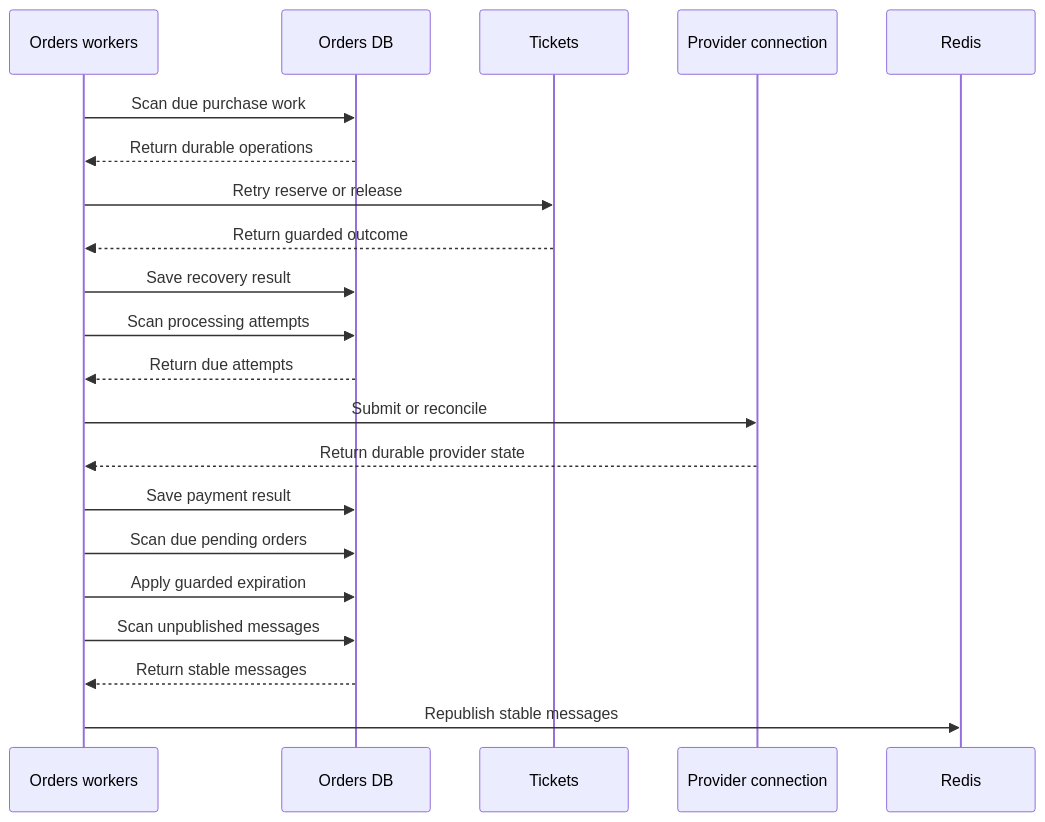
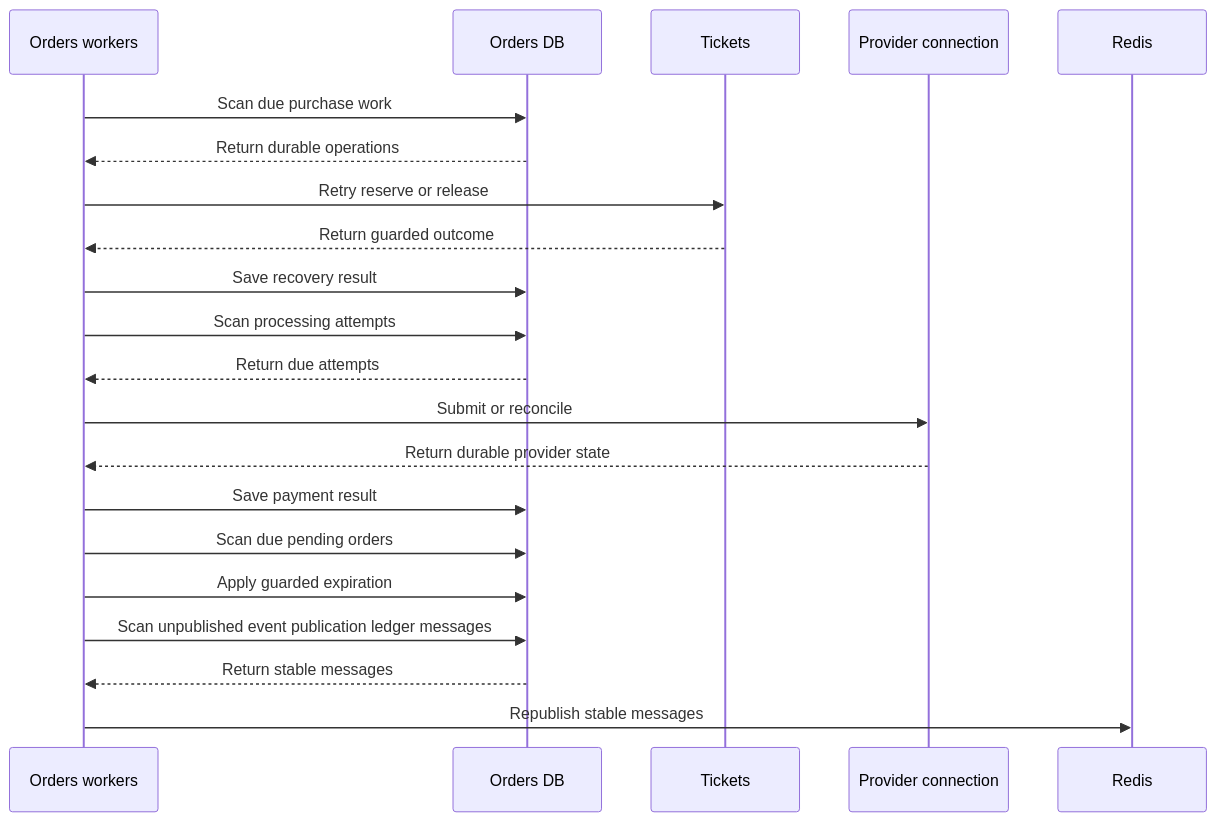
Before and after one commit to h19overflow/stubhub: diagram 14 of 16 in docs/system_design/sequence_diagrams.md, drawn with Mermaid. The commit also changed other lines of this file and 59 other files, not shown here.

````diff
--- a/docs/system_design/sequence_diagrams.md
+++ b/docs/system_design/sequence_diagrams.md
@@ -344,23 +344,23 @@
 ```mermaid
 sequenceDiagram
     participant W as Orders workers
     participant OD as Orders DB
     participant T as Tickets
     participant PC as Provider connection
     participant R as Redis
     W->>OD: Scan due purchase work
     OD-->>W: Return durable operations
     W->>T: Retry reserve or release
     T-->>W: Return guarded outcome
     W->>OD: Save recovery result
     W->>OD: Scan processing attempts
     OD-->>W: Return due attempts
     W->>PC: Submit or reconcile
     PC-->>W: Return durable provider state
     W->>OD: Save payment result
     W->>OD: Scan due pending orders
     W->>OD: Apply guarded expiration
-    W->>OD: Scan unpublished messages
+    W->>OD: Scan unpublished event publication ledger messages
     OD-->>W: Return stable messages
     W->>R: Republish stable messages
 ```
````
